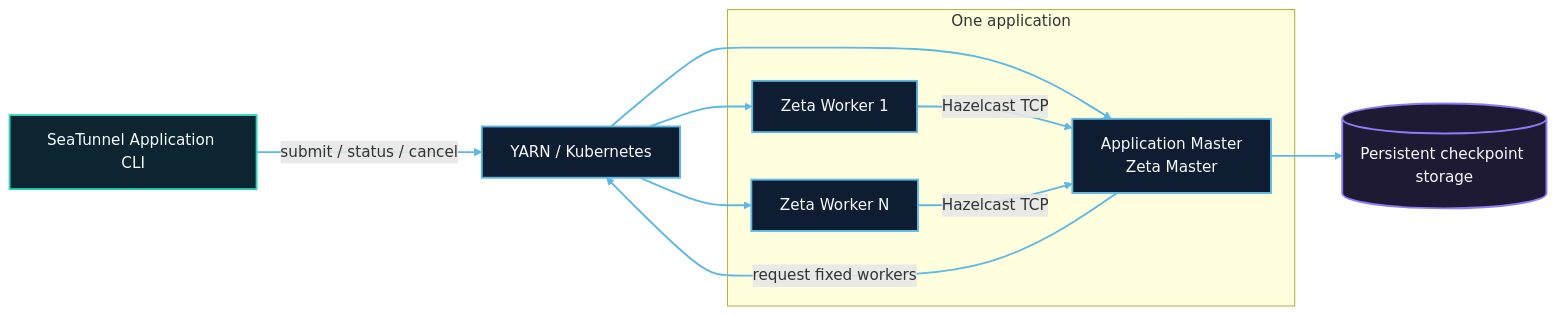
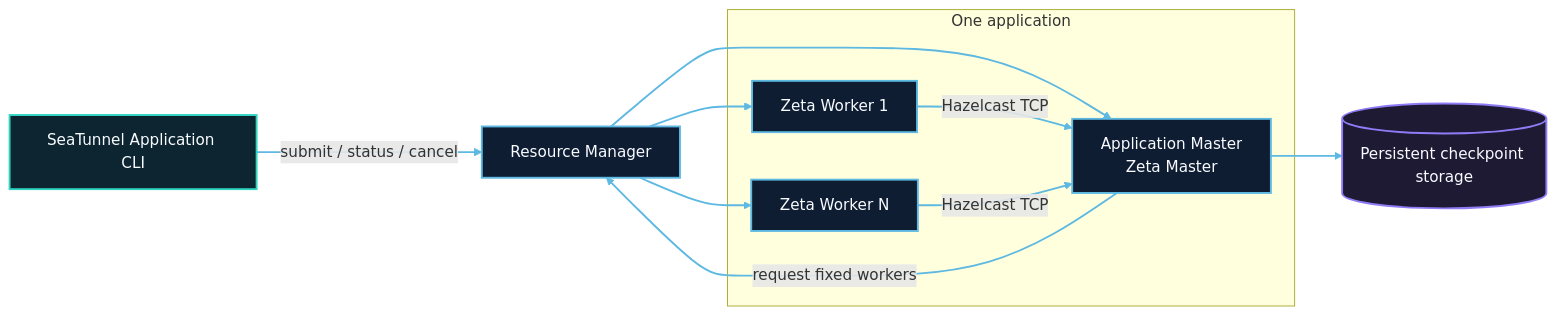
The first of 3 diagrams in docs/en/getting-started/application/architecture.md (apache/seatunnel), drawn with Mermaid before and after one commit. The commit also changed other lines of this file and 3 other files, not shown here.

Commit message:
[Docs][Zeta] Use resource manager in the application mode architecture diagram

````diff
--- a/docs/en/getting-started/application/architecture.md
+++ b/docs/en/getting-started/application/architecture.md
@@ -10,30 +10,30 @@
 ```mermaid
 flowchart LR
   client["SeaTunnel Application CLI"]
-  platform["YARN / Kubernetes"]
+  platform["Resource Manager"]
 
   subgraph app["One application"]
     master["Application Master<br/>Zeta Master"]
     worker1["Zeta Worker 1"]
     workerN["Zeta Worker N"]
   end
 
   checkpoint[("Persistent checkpoint storage")]
 
   client -->|submit / status / cancel| platform
   platform --> master
   master -->|request fixed workers| platform
   platform --> worker1
   platform --> workerN
   worker1 -->|Hazelcast TCP| master
   workerN -->|Hazelcast TCP| master
   master --> checkpoint
 
   classDef layerBlue fill:#0f1d33,stroke:#5db8e2,stroke-width:2px,color:#f8fbff;
   classDef layerCyan fill:#0c2530,stroke:#2dd4bf,stroke-width:2px,color:#f8fbff;
   classDef layerPurple fill:#1f1a34,stroke:#8d7cf6,stroke-width:2px,color:#f8fbff;
   class client layerCyan;
   class platform,master,worker1,workerN layerBlue;
   class checkpoint layerPurple;
   linkStyle default stroke:#5db8e2,stroke-width:2px;
 ```
````
